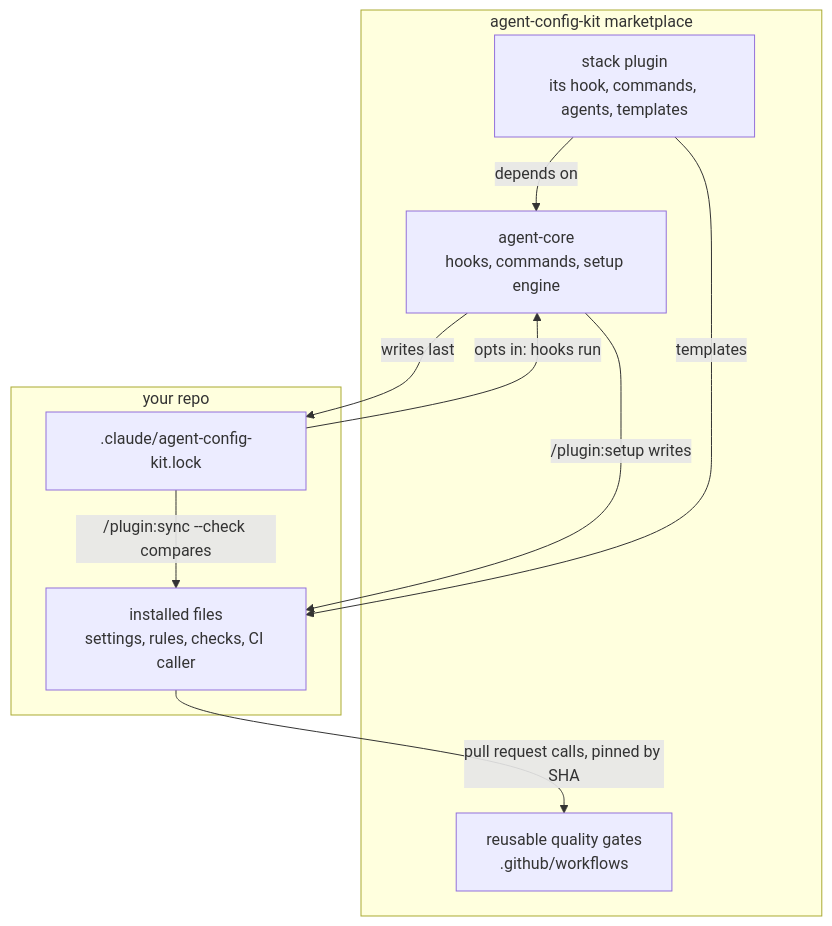
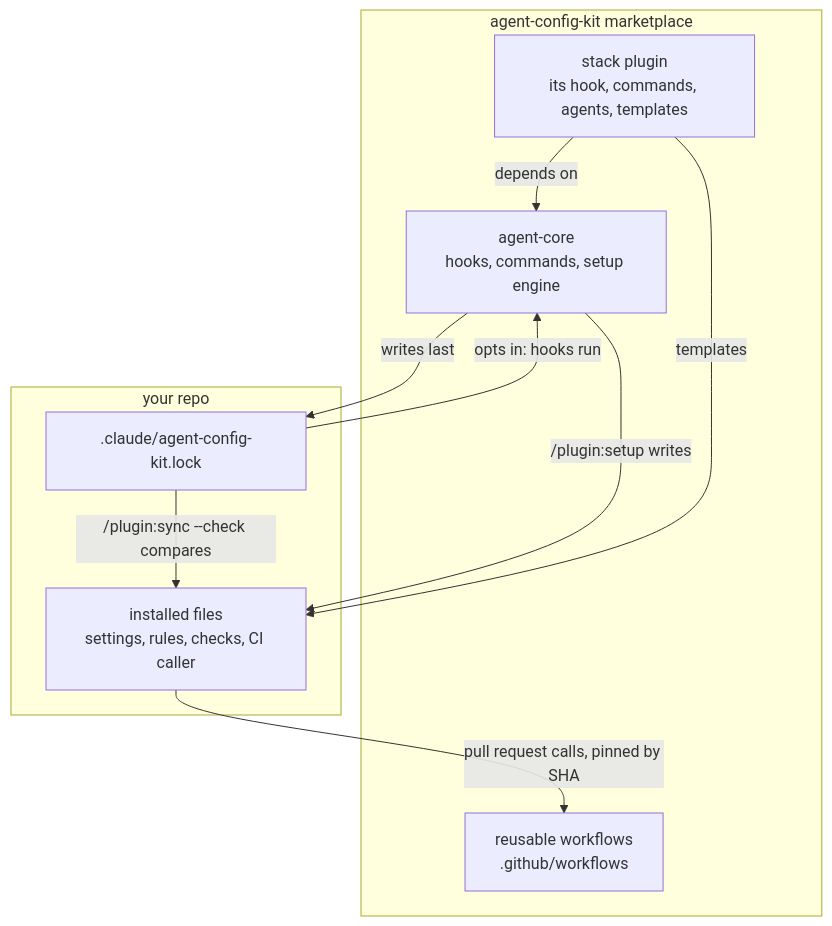
The fourth of 5 diagrams in README.md (adhibuchori/agent-config-kit), drawn with Mermaid before and after one commit. The commit also changed other lines of this file and 77 other files, not shown here.

````diff
--- a/README.md
+++ b/README.md
@@ -380,21 +383,21 @@
 ```mermaid
 flowchart TB
     accTitle: How agent-config-kit fits together
     accDescr: The marketplace holds eight plugins. agent-core holds the hooks, commands and the setup engine. Stack plugins depend on agent-core and add their own hooks, commands, agents and templates. Setup installs templates into your repo and writes a lock. The lock opts the repo in, which turns the hooks on. Sync compares the repo with the lock. In CI, the repo's quality gate caller runs a reusable workflow from this repository, pinned to a commit.
     subgraph KIT[agent-config-kit marketplace]
         CORE[agent-core<br/>hooks, commands, setup engine]
         STACK[stack plugin<br/>its hook, commands, agents, templates]
         STACK -->|"depends on"| CORE
-        GATE[reusable quality gates<br/>.github/workflows]
+        GATE[reusable workflows<br/>.github/workflows]
     end
     subgraph REPO[your repo]
         FILES[installed files<br/>settings, rules, checks, CI caller]
         LOCK[.claude/agent-config-kit.lock]
     end
     CORE -->|"/plugin:setup writes"| FILES
     STACK -->|"templates"| FILES
     CORE -->|"writes last"| LOCK
     LOCK -->|"opts in: hooks run"| CORE
     LOCK -->|"/plugin:sync --check compares"| FILES
     FILES -->|"pull request calls, pinned by SHA"| GATE
 ```
````
